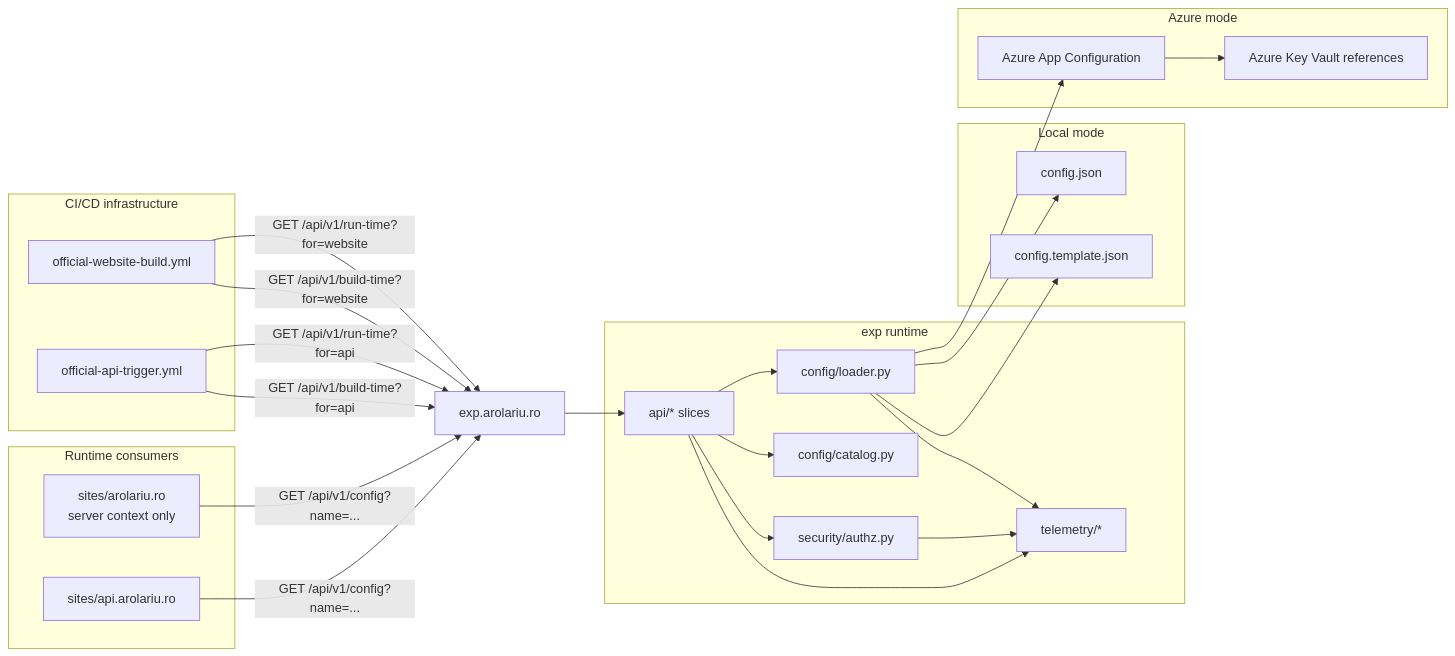
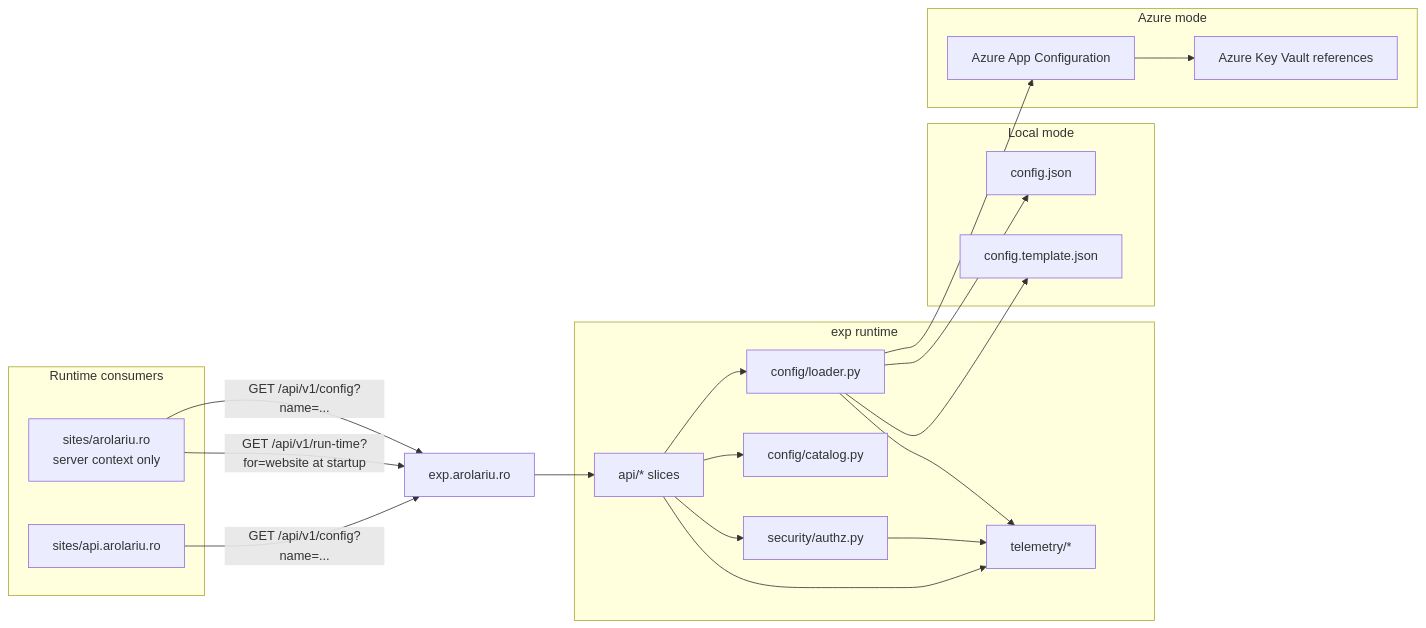
One commit to arolariu/arolariu.ro changed the first of 6 diagrams in sites/exp.arolariu.ro/README.md. Above: the diagram before and after it, drawn with Mermaid. The commit also changed other lines of this file and 1 other file, not shown here.

First line of the commit message:
docs(exp): document the live exp configuration surface

````diff
--- a/sites/exp.arolariu.ro/README.md
+++ b/sites/exp.arolariu.ro/README.md
@@ -25,50 +25,42 @@
 ```mermaid
 flowchart LR
     subgraph RuntimeConsumers[Runtime consumers]
         API[sites/api.arolariu.ro]
         WEBSITE[sites/arolariu.ro<br/>server context only]
     end
 
-    subgraph InfraConsumers[CI/CD infrastructure]
-        CICD_API[official-api-trigger.yml]
-        CICD_WEB[official-website-build.yml]
-    end
-
     API -->|GET /api/v1/config?name=...| EXP[exp.arolariu.ro]
+    WEBSITE -->|GET /api/v1/run-time?for=website at startup| EXP
     WEBSITE -->|GET /api/v1/config?name=...| EXP
-    CICD_API -->|GET /api/v1/build-time?for=api| EXP
-    CICD_API -->|GET /api/v1/run-time?for=api| EXP
-    CICD_WEB -->|GET /api/v1/build-time?for=website| EXP
-    CICD_WEB -->|GET /api/v1/run-time?for=website| EXP
 
     subgraph ExpRuntime[exp runtime]
         ROUTERS[api/* slices]
         AUTH[security/authz.py]
         CATALOG[config/catalog.py]
         LOADER[config/loader.py]
         TELEMETRY[telemetry/*]
     end
 
     EXP --> ROUTERS
     ROUTERS --> AUTH
     ROUTERS --> CATALOG
     ROUTERS --> LOADER
     ROUTERS --> TELEMETRY
     AUTH --> TELEMETRY
     LOADER --> TELEMETRY
 
     subgraph LocalSources[Local mode]
         LOCAL_JSON[config.json]
         TEMPLATE_JSON[config.template.json]
     end
 
     subgraph AzureSources[Azure mode]
         APP_CONFIG[Azure App Configuration]
         KEY_VAULT[Azure Key Vault references]
     end
 
     LOADER --> LOCAL_JSON
     LOADER --> TEMPLATE_JSON
     LOADER --> APP_CONFIG
     APP_CONFIG --> KEY_VAULT
 ```
````
